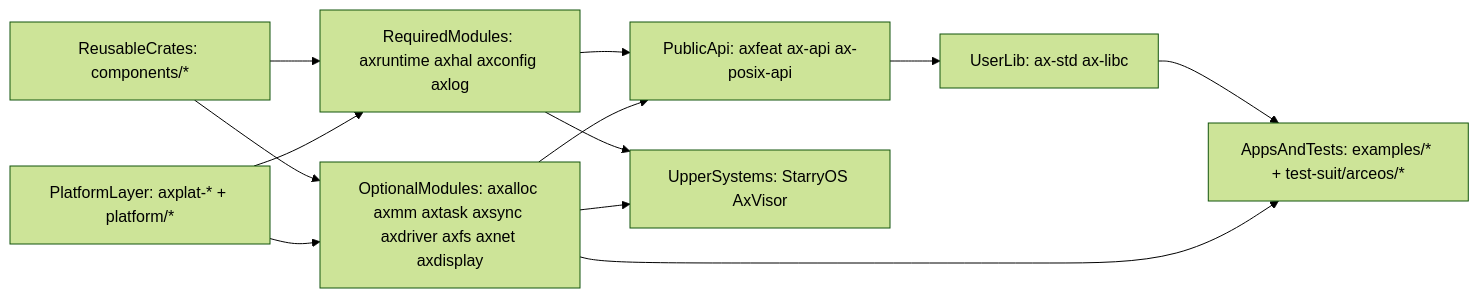
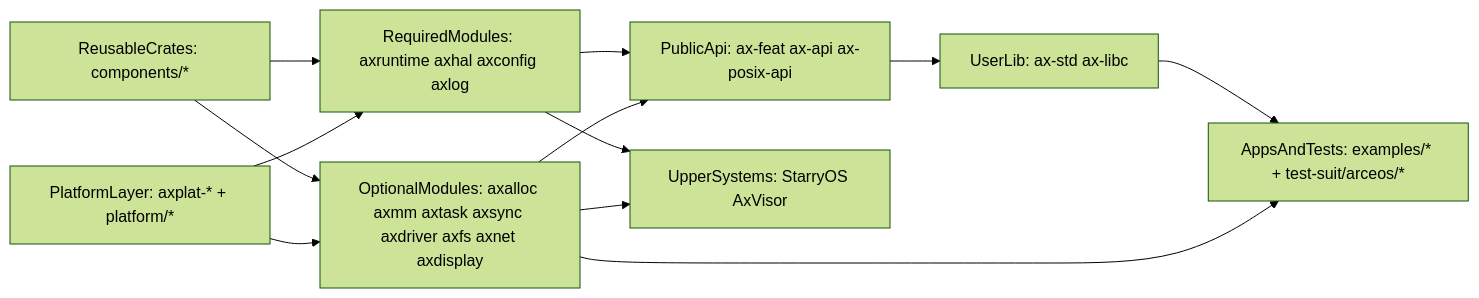
One commit to zKurisu/tgoskits changed the first of 5 diagrams in docs/arceos-internals.md. Above: the diagram before and after it, drawn with Mermaid (forest theme). The commit also changed other lines of this file and 51 other files, not shown here.

````diff
--- a/docs/arceos-internals.md
+++ b/docs/arceos-internals.md
@@ -36,23 +36,23 @@
 ```mermaid
 flowchart LR
     reusableCrates["ReusableCrates: components/*"]
     platformLayer["PlatformLayer: axplat-* + platform/*"]
     requiredModules["RequiredModules: axruntime axhal axconfig axlog"]
     optionalModules["OptionalModules: axalloc axmm axtask axsync axdriver axfs axnet axdisplay"]
-    publicApi["PublicApi: axfeat ax-api ax-posix-api"]
+    publicApi["PublicApi: ax-feat ax-api ax-posix-api"]
     userLib["UserLib: ax-std ax-libc"]
     appsAndTests["AppsAndTests: examples/* + test-suit/arceos/*"]
     upperSystems["UpperSystems: StarryOS AxVisor"]
 
     reusableCrates --> requiredModules
     reusableCrates --> optionalModules
     platformLayer --> requiredModules
     platformLayer --> optionalModules
     requiredModules --> publicApi
     optionalModules --> publicApi
     publicApi --> userLib
     userLib --> appsAndTests
     optionalModules --> appsAndTests
     requiredModules --> upperSystems
     optionalModules --> upperSystems
 ```
````
